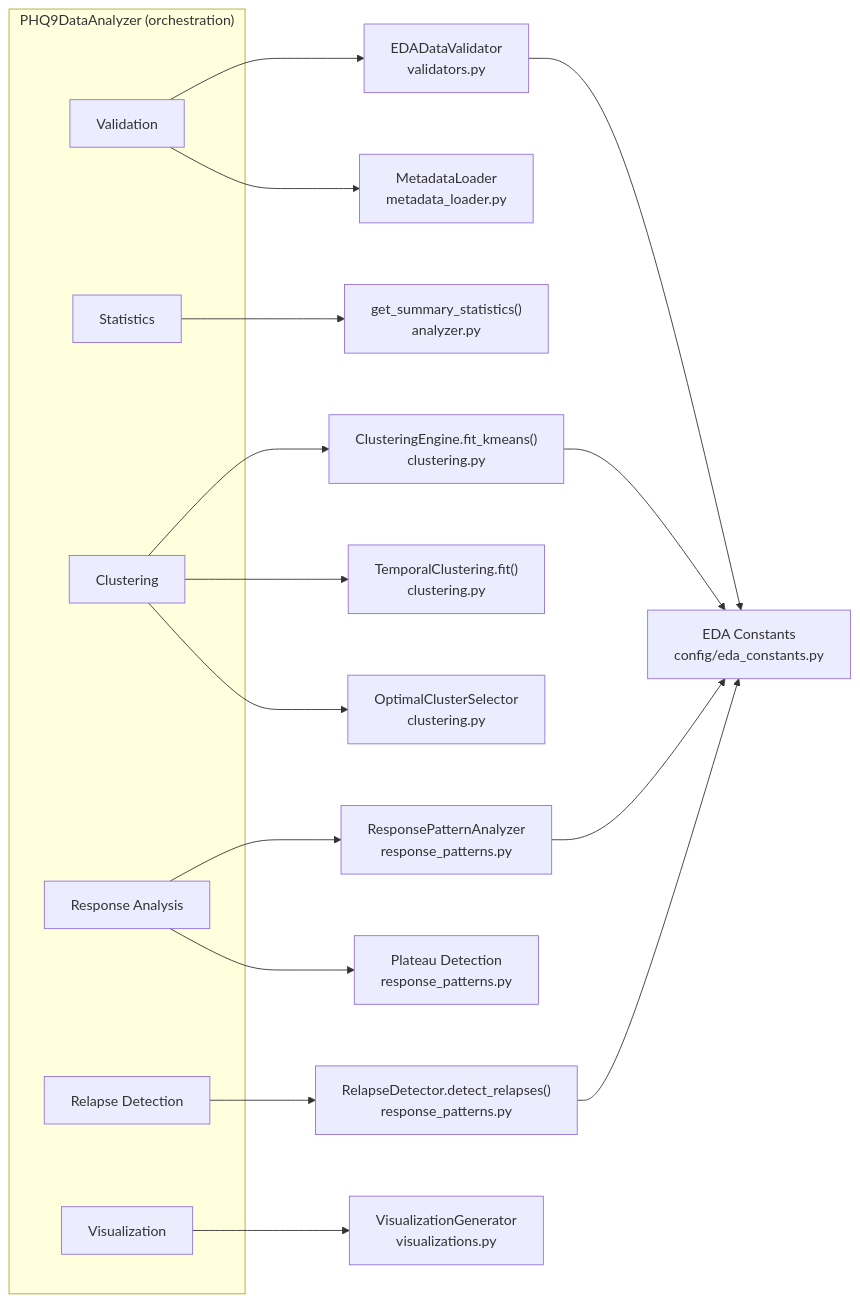
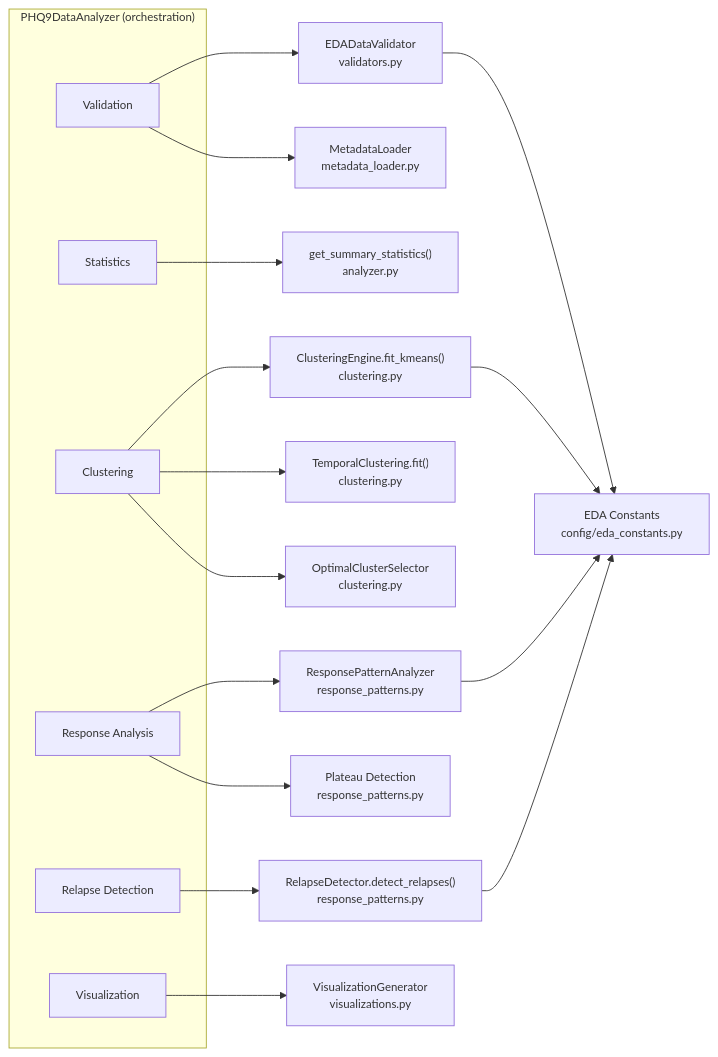
Before and after one commit to satyaki-mitra/Temporal-Changepoint-Detection: the diagram in src/eda/README.md, drawn with Mermaid.

Commit message:
Addition of EDA module

````diff
--- a/src/eda/README.md
+++ b/src/eda/README.md
@@ -42,38 +42,38 @@
 ```mermaid
 %%{init: {
-  "flowchart": {"nodeSpacing": 70, "rankSpacing": 80},
-  "themeVariables": {"fontSize": "16px"}
+  "flowchart": {"nodeSpacing": 50, "rankSpacing": 60},
+  "themeVariables": {"fontSize": "13px"}
 }}%%
 flowchart LR
 
 subgraph Analyzer["PHQ9DataAnalyzer (orchestration)"]
   V[Validation]
   S[Statistics]
   C[Clustering]
   R[Response Analysis]
   L[Relapse Detection]
   Z[Visualization]
 end
 
 V --> V1["EDADataValidator\nvalidators.py"]
 V --> V2["MetadataLoader\nmetadata_loader.py"]
 
 S --> S1["get_summary_statistics()\nanalyzer.py"]
 
 C --> C1["ClusteringEngine.fit_kmeans()\nclustering.py"]
 C --> C2["TemporalClustering.fit()\nclustering.py"]
 C --> C3["OptimalClusterSelector\nclustering.py"]
 
 R --> R1["ResponsePatternAnalyzer\nresponse_patterns.py"]
 R --> R2["Plateau Detection\nresponse_patterns.py"]
 
 L --> L1["RelapseDetector.detect_relapses()\nresponse_patterns.py"]
 
 Z --> Z1["VisualizationGenerator\nvisualizations.py"]
 
 E["EDA Constants\nconfig/eda_constants.py"]
 V1 --> E
 C1 --> E
 R1 --> E
 L1 --> E
 ```
````
